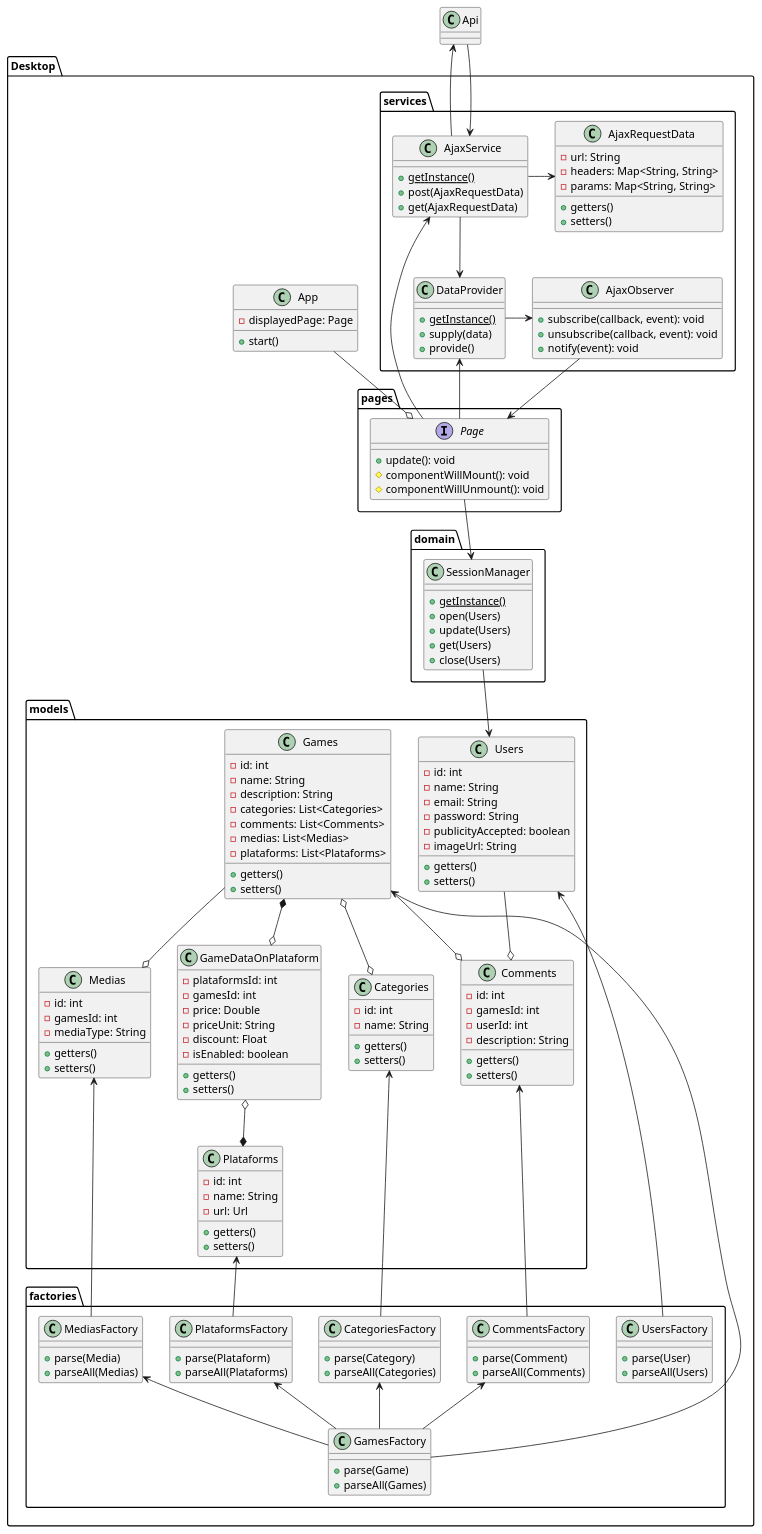
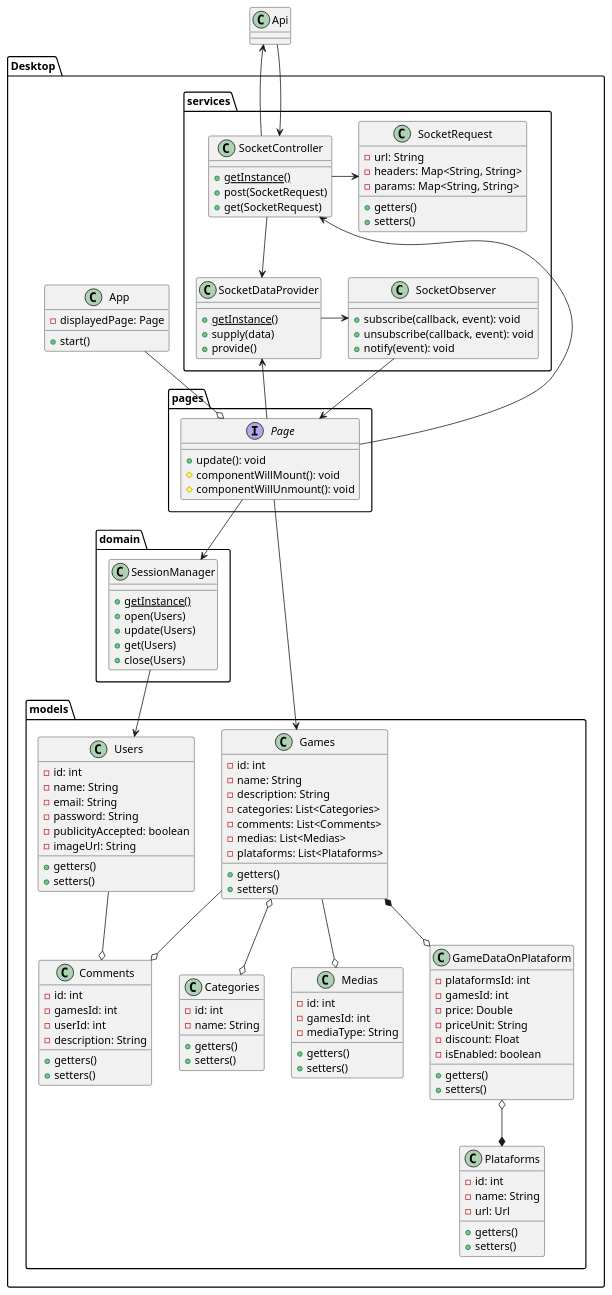
Before and after one commit to DainWs/VoidEyeGames: the diagram in docs/diagrams/src/ClientClassDiagram.pu, drawn with PlantUML. The commit also changed 2 other files, not shown here.

Commit message:
Update-diagrams-plantuml

```diff
--- a/docs/diagrams/src/ClientClassDiagram.pu
+++ b/docs/diagrams/src/ClientClassDiagram.pu
@@ -1,167 +1,132 @@
 @startuml Client Class Diagram
 skinparam groupInheritance 5
 
 class Api {}
 
 namespace Desktop {
  namespace pages {
   interface Page {
     +update(): void
     #componentWillMount(): void
     #componentWillUnmount(): void
   }
  }
  namespace models {
   class Games {
    -id: int
    -name: String
    -description: String
    -categories: List<Categories>
    -comments: List<Comments>
    -medias: List<Medias>
    -plataforms: List<Plataforms>
    +getters()
    +setters()
   }
   class Categories {
    -id: int
    -name: String
    +getters()
    +setters()
   }
   class Comments {
    -id: int
    -gamesId: int
    -userId: int
    -description: String
    +getters()
    +setters()
   }
   class Medias {
    -id: int
    -gamesId: int
    -mediaType: String
    +getters()
    +setters()
   }
   class GameDataOnPlataform {
    -plataformsId: int
    -gamesId: int
    -price: Double
    -priceUnit: String
    -discount: Float
    -isEnabled: boolean
    +getters()
    +setters()
   }
   class Plataforms {
    -id: int
    -name: String
    -url: Url
    +getters()
    +setters()
   }
   class Users {
    -id: int
    -name: String
    -email: String
    -password: String
    -publicityAccepted: boolean
    -imageUrl: String
    +getters()
    +setters()
   }
   Games *--o GameDataOnPlataform 
   GameDataOnPlataform o--* Plataforms
   Games o--o Categories
   Games --o Comments
   Users --o Comments
   Games --o Medias
  }
- namespace factories {
-  class UsersFactory {
-   +parse(User)
-   +parseAll(Users)
-  }
-  Desktop.models.Users <-u- UsersFactory 
-  class GamesFactory {
-   +parse(Game)
-   +parseAll(Games)
-  }
-  Desktop.models.Games <--r-- GamesFactory
-  class CategoriesFactory {
-   +parse(Category)
-   +parseAll(Categories)
-  }
-  Desktop.models.Categories <-down-- CategoriesFactory 
-  class MediasFactory {
-   +parse(Media)
-   +parseAll(Medias)
-   }
-  Desktop.models.Medias <-down-- MediasFactory 
-  class CommentsFactory {
-   +parse(Comment)
-   +parseAll(Comments)
-  }
-  Desktop.models.Comments <-down-- CommentsFactory 
-  class PlataformsFactory {
-   +parse(Plataform)
-   +parseAll(Plataforms)
-  }
-  Desktop.models.Plataforms <--- PlataformsFactory 
-  GamesFactory -u-> CategoriesFactory
-  GamesFactory -u-> MediasFactory 
-  GamesFactory -u-> CommentsFactory 
-  GamesFactory -u-> PlataformsFactory 
- }
  namespace domain {
 	class SessionManager {
 		+{static} getInstance()
 		+open(Users)
 		+update(Users)
 		+get(Users)
 		+close(Users)
 	}
  }
  namespace services {
-	class AjaxRequestData {
-          -url: String
-          -headers: Map<String, String> 
-          -params: Map<String, String>
-          +getters()
-          +setters()
-        }
-	class AjaxService {
+	class SocketRequest {
+		-url: String
+		-headers: Map<String, String> 
+		-params: Map<String, String>
+		+getters()
+		+setters()
+    }
+	class SocketController {
 		+{static} getInstance()
-		+post(AjaxRequestData)
-		+get(AjaxRequestData)
+		+post(SocketRequest)
+		+get(SocketRequest)
 	}
-        class DataProvider {
-          +{static} getInstance()
-          +supply(data)
-          +provide()
-        }
-        class AjaxObserver {
-         +subscribe(callback, event): void
-         +unsubscribe(callback, event): void
-         +notify(event): void
-        }
-	AjaxRequestData <-l- AjaxService
-        AjaxService -d-> DataProvider 
-        DataProvider -r-> AjaxObserver
-        AjaxObserver -d-> Desktop.pages.Page
+	class SocketDataProvider {
+		+{static} getInstance()
+		+supply(data)
+		+provide()
+	}
+	class SocketObserver {
+		+subscribe(callback, event): void
+		+unsubscribe(callback, event): void
+		+notify(event): void
+	}
+	SocketRequest <-l- SocketController
+	SocketController -d-> SocketDataProvider 
+	SocketDataProvider -r-> SocketObserver
+	SocketObserver -d-> Desktop.pages.Page
  }
- Desktop.services.AjaxService <-- Desktop.pages.Page
- Desktop.services.DataProvider <-- Desktop.pages.Page
+ Desktop.services.SocketController <-- Desktop.pages.Page
+ Desktop.services.SocketDataProvider <-- Desktop.pages.Page
+ Desktop.models.Games <-- Desktop.pages.Page
  Desktop.domain.SessionManager <-u- Desktop.pages.Page
  Desktop.domain.SessionManager -d-> Desktop.models.Users
  
  class App {
    -displayedPage: Page
    +start()
  }
  App -d-o Desktop.pages.Page
- Desktop.services.AjaxService -u-> .Api 
- Desktop.services.AjaxService <-u- .Api 
+ Desktop.services.SocketController -u-> .Api 
+ Desktop.services.SocketController <-u- .Api 
 }
 @enduml
```
